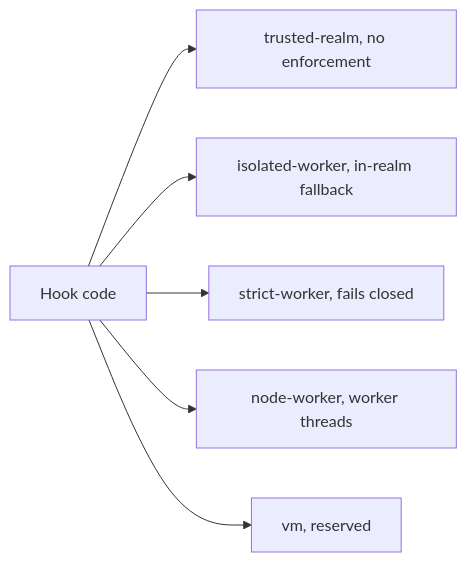
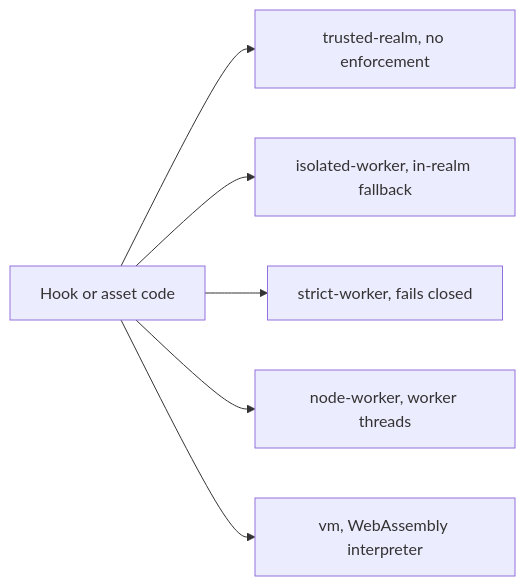
The diagram in docs/spec/document-model/diagrams/execution-classes.mmd (lolly-tools/lolly), drawn with Mermaid before and after one commit. The commit also changed 520 other files, not shown here.

```diff
--- a/docs/spec/document-model/diagrams/execution-classes.mmd
+++ b/docs/spec/document-model/diagrams/execution-classes.mmd
@@ -1,6 +1,6 @@
 graph LR
-  hooks[Hook code] --> trusted[trusted-realm, no enforcement]
+  hooks[Hook or asset code] --> trusted[trusted-realm, no enforcement]
   hooks --> isolated[isolated-worker, in-realm fallback]
   hooks --> strict[strict-worker, fails closed]
   hooks --> nodew[node-worker, worker threads]
-  hooks --> vm[vm, reserved]
+  hooks --> vm[vm, WebAssembly interpreter]
```
